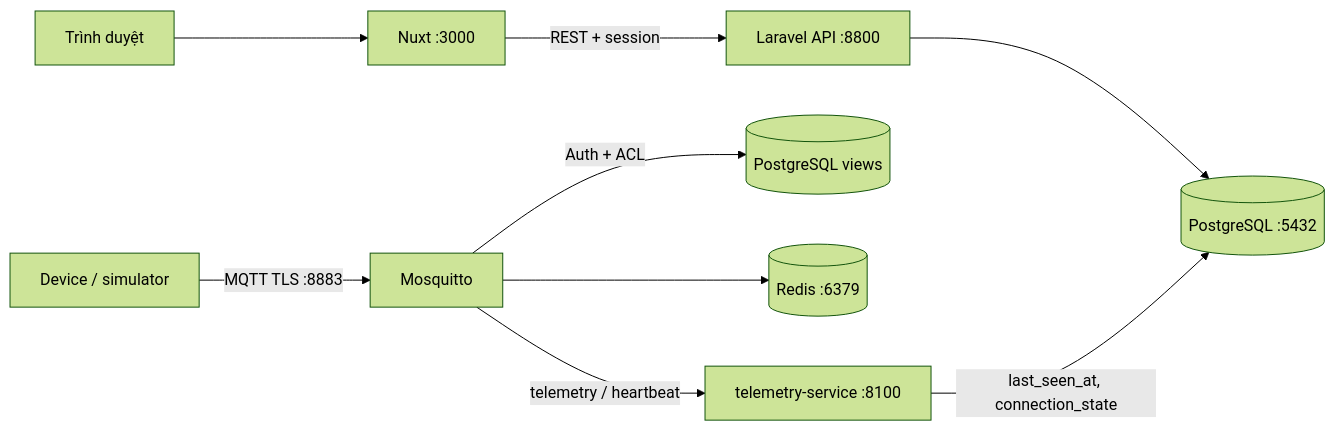
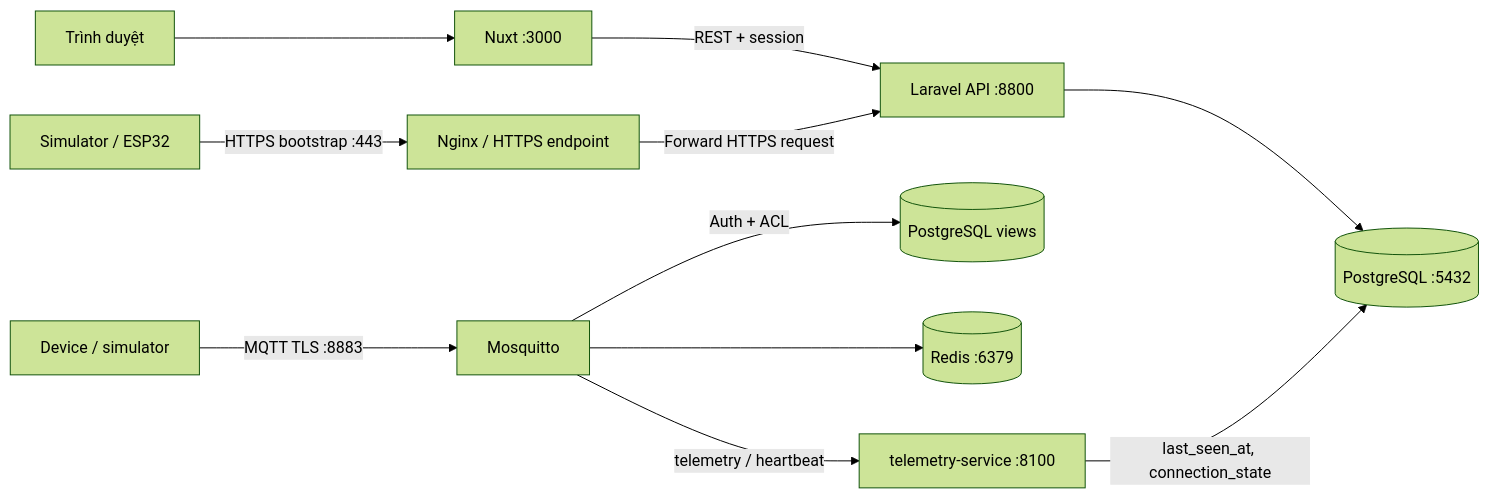
The diagram in docs/README.md (lavio-oss/liteboard), drawn with Mermaid (forest theme) before and after one commit. The commit also changed other lines of this file and 15 other files, not shown here.

Commit message:
docs: update Access Token documentation and flows

````diff
--- a/docs/README.md
+++ b/docs/README.md
@@ -27,12 +28,14 @@
 ```mermaid
 flowchart LR
     Browser[Trình duyệt] --> Web[Nuxt :3000]
     Web -->|REST + session| API[Laravel API :8800]
+    Provisioner[Simulator / ESP32] -->|HTTPS bootstrap :443| Proxy[Nginx / HTTPS endpoint]
+    Proxy -->|Forward HTTPS request| API
     API --> DB[(PostgreSQL :5432)]
 
     Device[Device / simulator] -->|MQTT TLS :8883| Broker[Mosquitto]
     Broker -->|Auth + ACL| Views[(PostgreSQL views)]
     Broker --> Cache[(Redis :6379)]
     Broker -->|telemetry / heartbeat| Telemetry[telemetry-service :8100]
     Telemetry -->|last_seen_at, connection_state| DB
 ```
````
